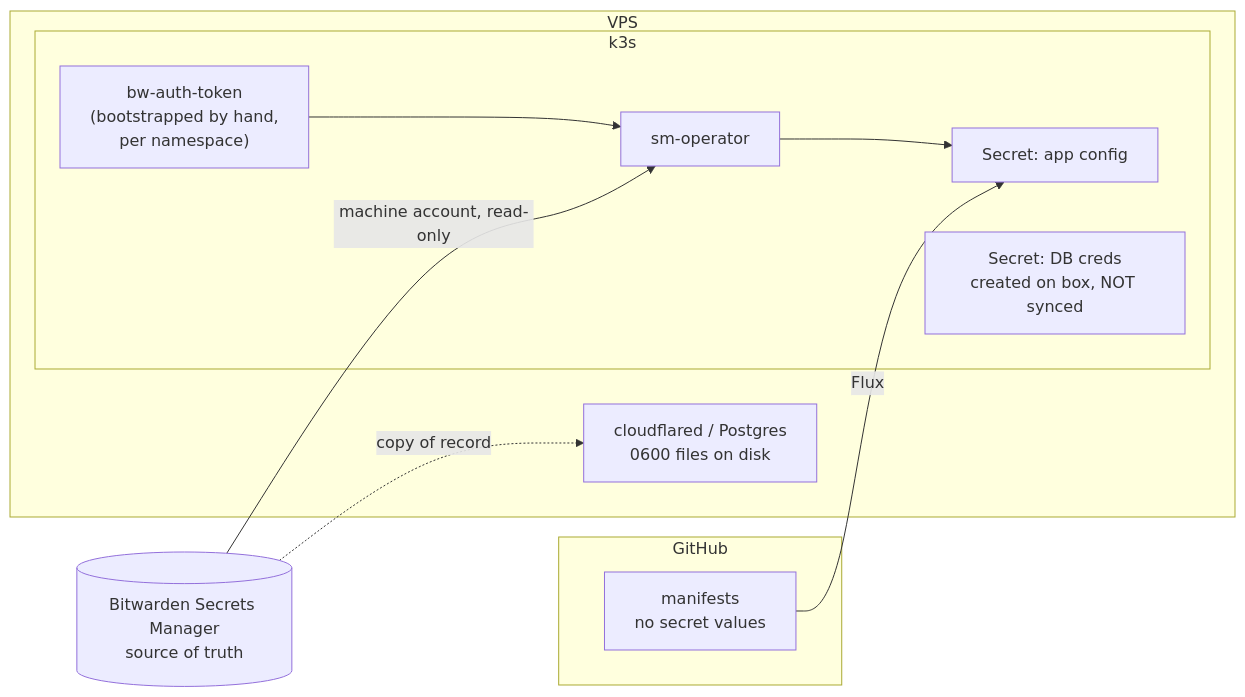
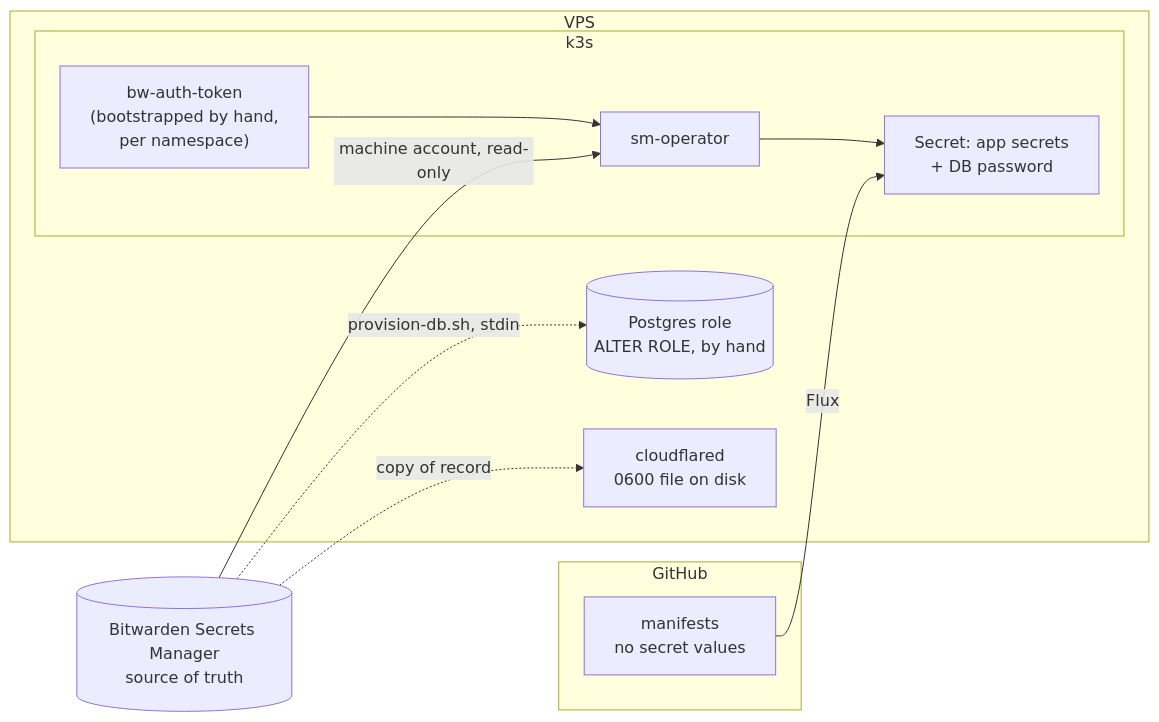
The third of 3 diagrams in docs/architecture.md (Alpina-Intelligence/alpina-intelligence), drawn with Mermaid before and after one commit. The commit also changed other lines of this file and 4 other files, not shown here.

Commit message:
Make Bitwarden authoritative for DB passwords; provision-db.sh reads stdin

````diff
--- a/docs/architecture.md
+++ b/docs/architecture.md
@@ -245,21 +245,22 @@
 ```mermaid
 flowchart LR
     bw[("Bitwarden Secrets Manager<br/>source of truth")]
     subgraph gh["GitHub"]
         m["manifests<br/>no secret values"]
     end
     subgraph box["VPS"]
         subgraph k8s["k3s"]
             tok["bw-auth-token<br/>(bootstrapped by hand,<br/>per namespace)"]
             op["sm-operator"]
-            s1["Secret: app config"]
-            s2["Secret: DB creds<br/>created on box, NOT synced"]
+            s1["Secret: app secrets<br/>+ DB password"]
         end
-        host["cloudflared / Postgres<br/>0600 files on disk"]
+        pg[("Postgres role<br/>ALTER ROLE, by hand")]
+        host["cloudflared<br/>0600 file on disk"]
     end
     bw -->|"machine account, read-only"| op
     tok --> op
     op --> s1
     m -->|"Flux"| s1
+    bw -.->|"provision-db.sh, stdin"| pg
     bw -.->|"copy of record"| host
 ```
````
